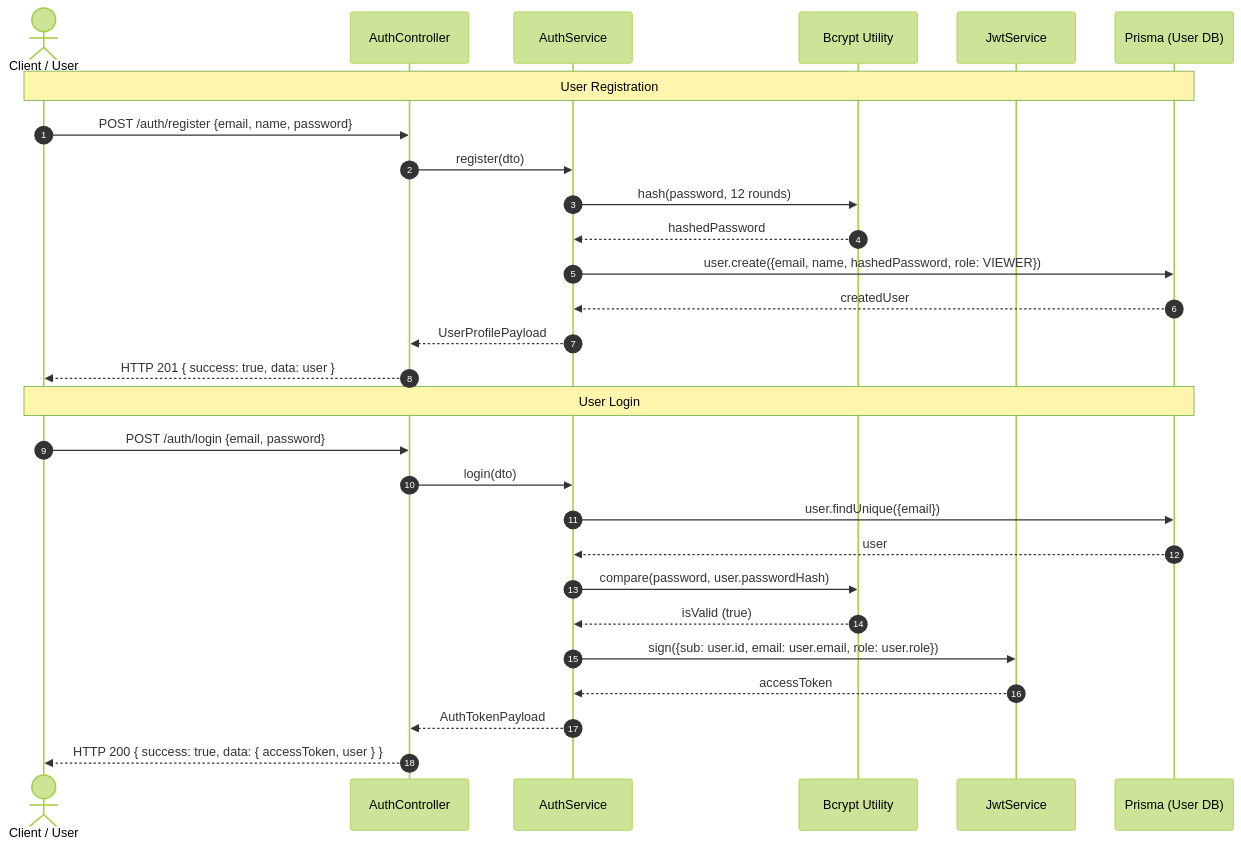
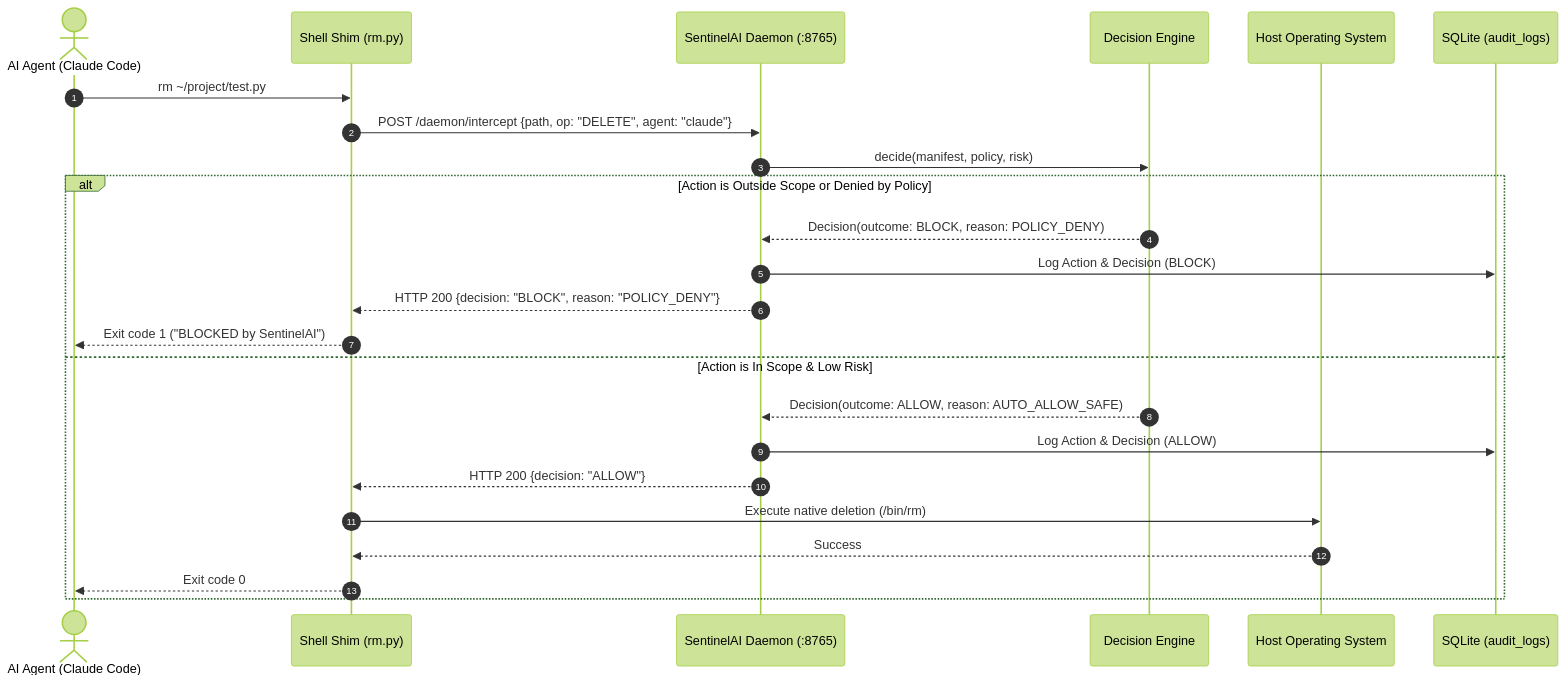
One commit to sagarkharbikar25/SentinelAI changed the second of 3 diagrams in docs/ARCHITECTURE_AND_SEQUENCE_DIAGRAMS.md. Above: the diagram before and after it, drawn with Mermaid (forest theme). The commit also changed other lines of this file and 93 other files, not shown here.

First line of the commit message:
feat(daemon): implement semester 5 foundation core and clean legacy code

````diff
--- a/docs/ARCHITECTURE_AND_SEQUENCE_DIAGRAMS.md
+++ b/docs/ARCHITECTURE_AND_SEQUENCE_DIAGRAMS.md
@@ -68,32 +50,27 @@
 ```mermaid
 sequenceDiagram
     autonumber
-    actor User as Client / User
-    participant Controller as AuthController
-    participant Service as AuthService
-    participant Bcrypt as Bcrypt Utility
-    participant JWT as JwtService
-    participant DB as Prisma (User DB)
+    actor Agent as AI Agent (Claude Code)
+    participant Shim as Shell Shim (rm.py)
+    participant Daemon as SentinelAI Daemon (:8765)
+    participant Engine as Decision Engine
+    participant OS as Host Operating System
+    participant DB as SQLite (audit_logs)
 
-    Note over User, DB: User Registration
-    User->>Controller: POST /auth/register {email, name, password}
-    Controller->>Service: register(dto)
-    Service->>Bcrypt: hash(password, 12 rounds)
-    Bcrypt-->>Service: hashedPassword
-    Service->>DB: user.create({email, name, hashedPassword, role: VIEWER})
-    DB-->>Service: createdUser
-    Service-->>Controller: UserProfilePayload
-    Controller-->>User: HTTP 201 { success: true, data: user }
-
-    Note over User, DB: User Login
-    User->>Controller: POST /auth/login {email, password}
-    Controller->>Service: login(dto)
-    Service->>DB: user.findUnique({email})
-    DB-->>Service: user
-    Service->>Bcrypt: compare(password, user.passwordHash)
-    Bcrypt-->>Service: isValid (true)
-    Service->>JWT: sign({sub: user.id, email: user.email, role: user.role})
-    JWT-->>Service: accessToken
-    Service-->>Controller: AuthTokenPayload
-    Controller-->>User: HTTP 200 { success: true, data: { accessToken, user } }
+    Agent->>Shim: rm ~/project/test.py
+    Shim->>Daemon: POST /daemon/intercept {path, op: "DELETE", agent: "claude"}
+    Daemon->>Engine: decide(manifest, policy, risk)
+    alt Action is Outside Scope or Denied by Policy
+        Engine-->>Daemon: Decision(outcome: BLOCK, reason: POLICY_DENY)
+        Daemon->>DB: Log Action & Decision (BLOCK)
+        Daemon-->>Shim: HTTP 200 {decision: "BLOCK", reason: "POLICY_DENY"}
+        Shim-->>Agent: Exit code 1 ("BLOCKED by SentinelAI")
+    else Action is In Scope & Low Risk
+        Engine-->>Daemon: Decision(outcome: ALLOW, reason: AUTO_ALLOW_SAFE)
+        Daemon->>DB: Log Action & Decision (ALLOW)
+        Daemon-->>Shim: HTTP 200 {decision: "ALLOW"}
+        Shim->>OS: Execute native deletion (/bin/rm)
+        OS-->>Shim: Success
+        Shim-->>Agent: Exit code 0
+    end
 ```
````
